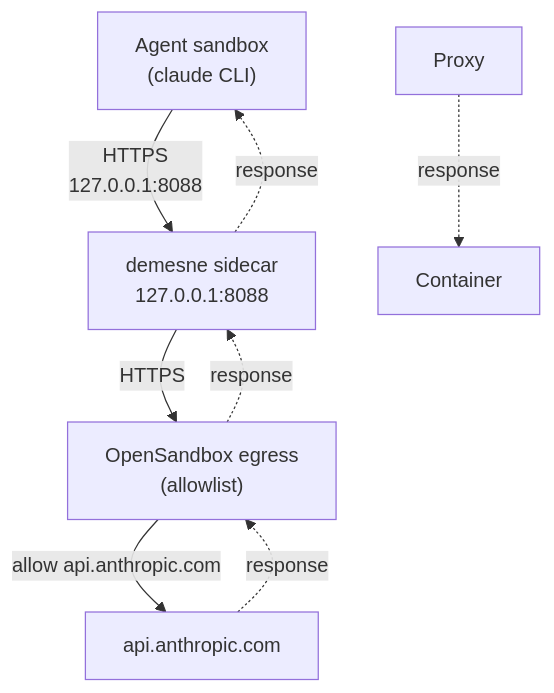
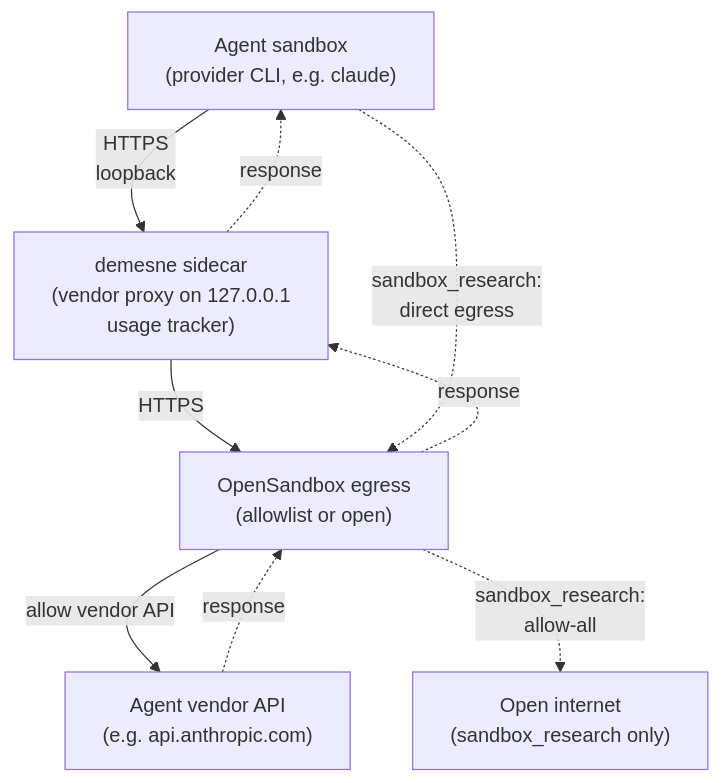
Before and after one commit to jbeshir/demesne: the fourth of 4 diagrams in README.md, drawn with Mermaid. The commit also changed other lines of this file and 29 other files, not shown here.

Commit message:
Fourth phase: Add research sandbox, and cost monitoring.

````diff
--- a/README.md
+++ b/README.md
@@ -203,15 +233,17 @@
 ```mermaid
 flowchart TD
-    Agent["Agent sandbox<br/>(claude CLI)"]
-    Sidecar["demesne sidecar<br/>127.0.0.1:8088"]
-    Egress["OpenSandbox egress<br/>(allowlist)"]
-    Anthropic["api.anthropic.com"]
+    Agent["Agent sandbox<br/>(provider CLI, e.g. claude)"]
+    Sidecar["demesne sidecar<br/>(vendor proxy on 127.0.0.1<br/>usage tracker)"]
+    Egress["OpenSandbox egress<br/>(allowlist or open)"]
+    Vendor["Agent vendor API<br/>(e.g. api.anthropic.com)"]
+    Internet["Open internet<br/>(sandbox_research only)"]
 
-    Agent -->|"HTTPS<br/>127.0.0.1:8088"| Sidecar
+    Agent -->|"HTTPS<br/>loopback"| Sidecar
     Sidecar -->|"HTTPS"| Egress
-    Egress -->|"allow api.anthropic.com"| Anthropic
-    Anthropic -.->|"response"| Egress
+    Egress -->|"allow vendor API"| Vendor
+    Agent -.->|"sandbox_research:<br/>direct egress"| Egress
+    Egress -.->|"sandbox_research:<br/>allow-all"| Internet
+    Vendor -.->|"response"| Egress
     Egress -.->|"response"| Sidecar
     Sidecar -.->|"response"| Agent
-    Proxy -.->|"response"| Container
 ```
````
